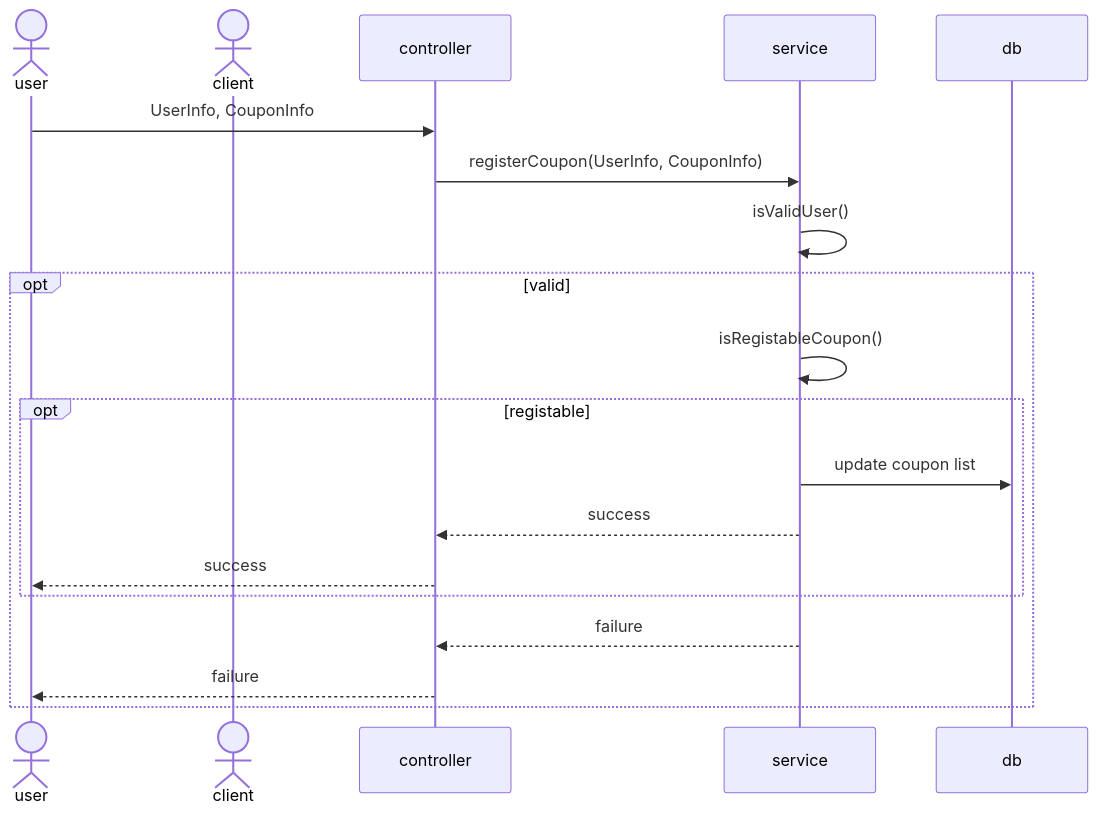
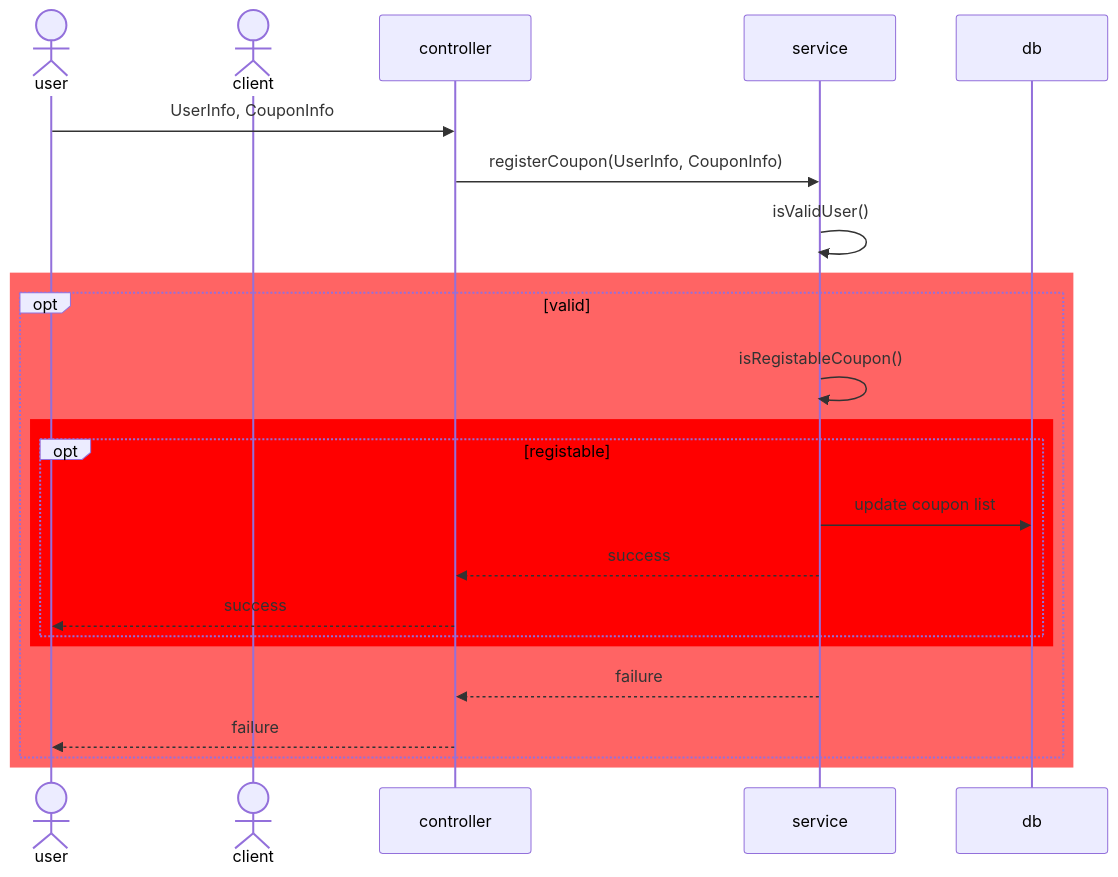
Before and after one commit to couponApiServerEconovation/couponApiServerTony: the first of 3 diagrams in suquenceDiagram.md, drawn with Mermaid. The commit also changed other lines of this file, not shown here.

Commit message:
쿠폰 발급

````diff
--- a/suquenceDiagram.md
+++ b/suquenceDiagram.md
@@ -2,25 +2,29 @@
 ```mermaid
 sequenceDiagram
     actor user
     actor cl as client
     participant ctr as controller
     participant s as service
     participant db
     
     user->>ctr : UserInfo, CouponInfo
     ctr->>s: registerCoupon(UserInfo, CouponInfo)
     s ->> s : isValidUser()
-    opt valid
-        %% opt는 조건문과 동일하다. 코드 작성할 때 if와 동일
-        s->>s: isRegistableCoupon()
-        opt registable
-            s ->> db: update coupon list
-            s-->> ctr: success
-            ctr-->> user: success
+    rect rgb(255,100,100)
+        opt valid
+            %% opt는 조건문과 동일하다. 코드 작성할 때 if와 동일
+            s->>s: isRegistableCoupon()
+            rect rgb(255,0,0)
+                opt registable
+                    s ->> db: update coupon list
+                    s-->> ctr: success
+                    ctr-->> user: success
+                end
+                end
+                
+        s-->>ctr: failure
+        ctr -->> user: failure
         end
-    s-->>ctr: failure
-    ctr -->> user: failure
     end
 
-
 ```
````
